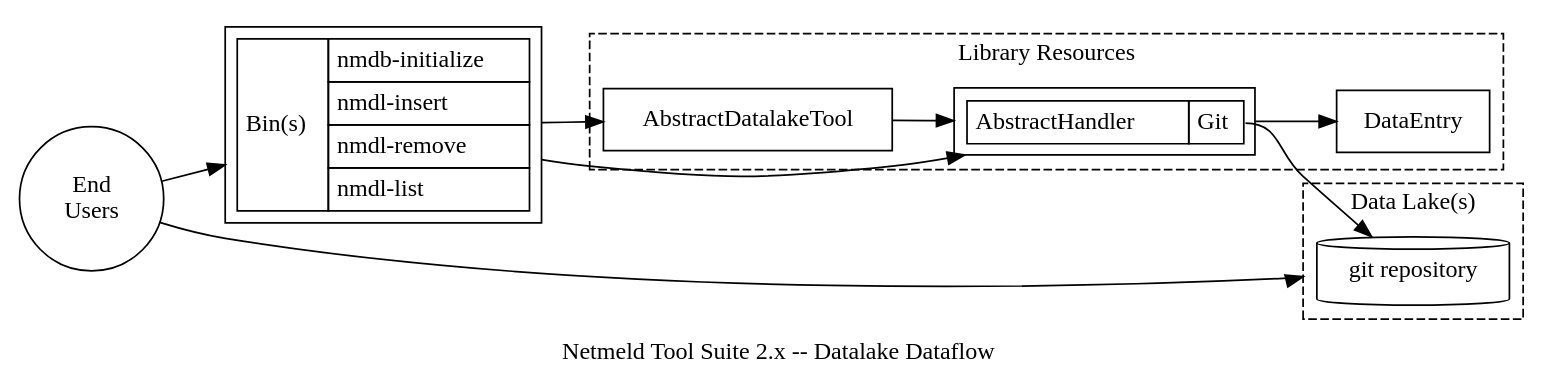
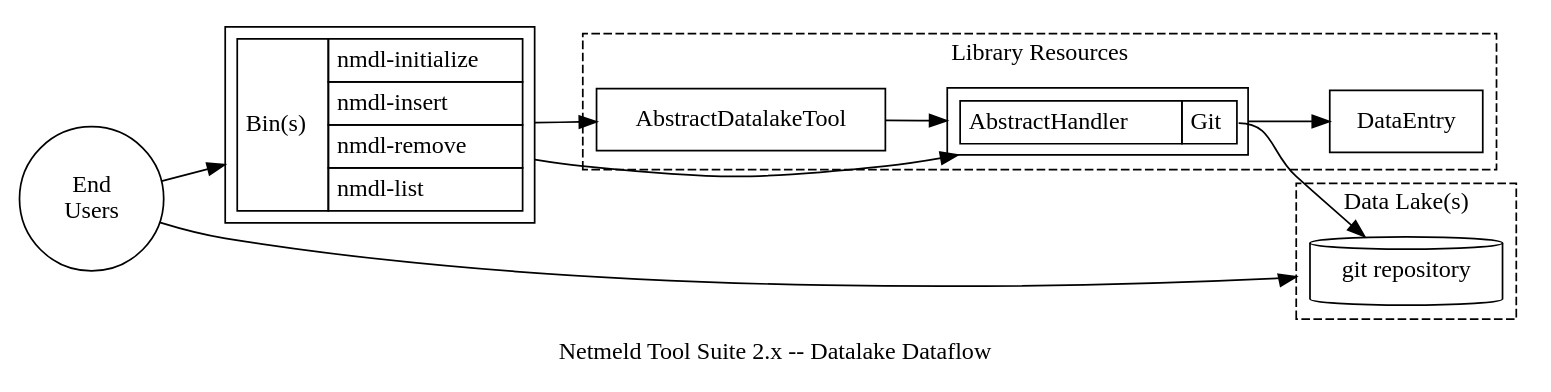
The diagram in datalake/docs/netmeld-datalake-workflow.dot (netmeld/netmeld), drawn with Graphviz before and after one commit. The commit also changed 2 other files, not shown here.

```diff
--- a/datalake/docs/netmeld-datalake-workflow.dot
+++ b/datalake/docs/netmeld-datalake-workflow.dot
@@ -1,58 +1,58 @@
 digraph G {
   rankdir=LR;
   nodespace=0.5;
   ranksep=0.5;
   newrank=true;
   splines=spline;
   compound=true;
   concentrate=true;
 
   label="Netmeld Tool Suite 2.x -- Datalake Dataflow";
 
   node[shape="circle"];
   users [label="End\nUsers"];
 
   node[shape="rectangle",margin=0.1];
   bins [label=<
     <table border="0" cellborder="1" cellspacing="0" cellpadding="4">
       <tr><td rowspan="5">Bin(s)</td></tr>
-      <tr><td align="left">nmdb-initialize</td></tr>
+      <tr><td align="left">nmdl-initialize</td></tr>
       <tr><td align="left">nmdl-insert</td></tr>
       <tr><td align="left">nmdl-remove</td></tr>
       <tr><td align="left">nmdl-list</td></tr>
     </table>>];
 
   subgraph cluster_lib {
     label="Library Resources";
     style="dashed";
 
     node[shape="rectangle"];
     objects [label="DataEntry"];
     tools [label="AbstractDatalakeTool"];
 
     node[shape="none",margin=0];
     node[shape="rectangle",margin=0.1];
     handlers [label=<
       <table border="0" cellborder="1" cellspacing="0" cellpadding="4">
         <tr><td rowspan="2">AbstractHandler</td></tr>
         <tr><td align="left" port="git">Git</td></tr>
       </table>>];
   }
 
   subgraph cluster_datalake {
     label="Data Lake(s)";
     style="dashed";
 
     node [shape="cylinder"];
     git [label="git repository"];
   }
   
 
   users->bins;
   users->git [lhead=cluster_datalake];
   bins->tools;
   bins->handlers;
   tools->handlers;
   handlers->objects;
   handlers:git->git;
 }
```
